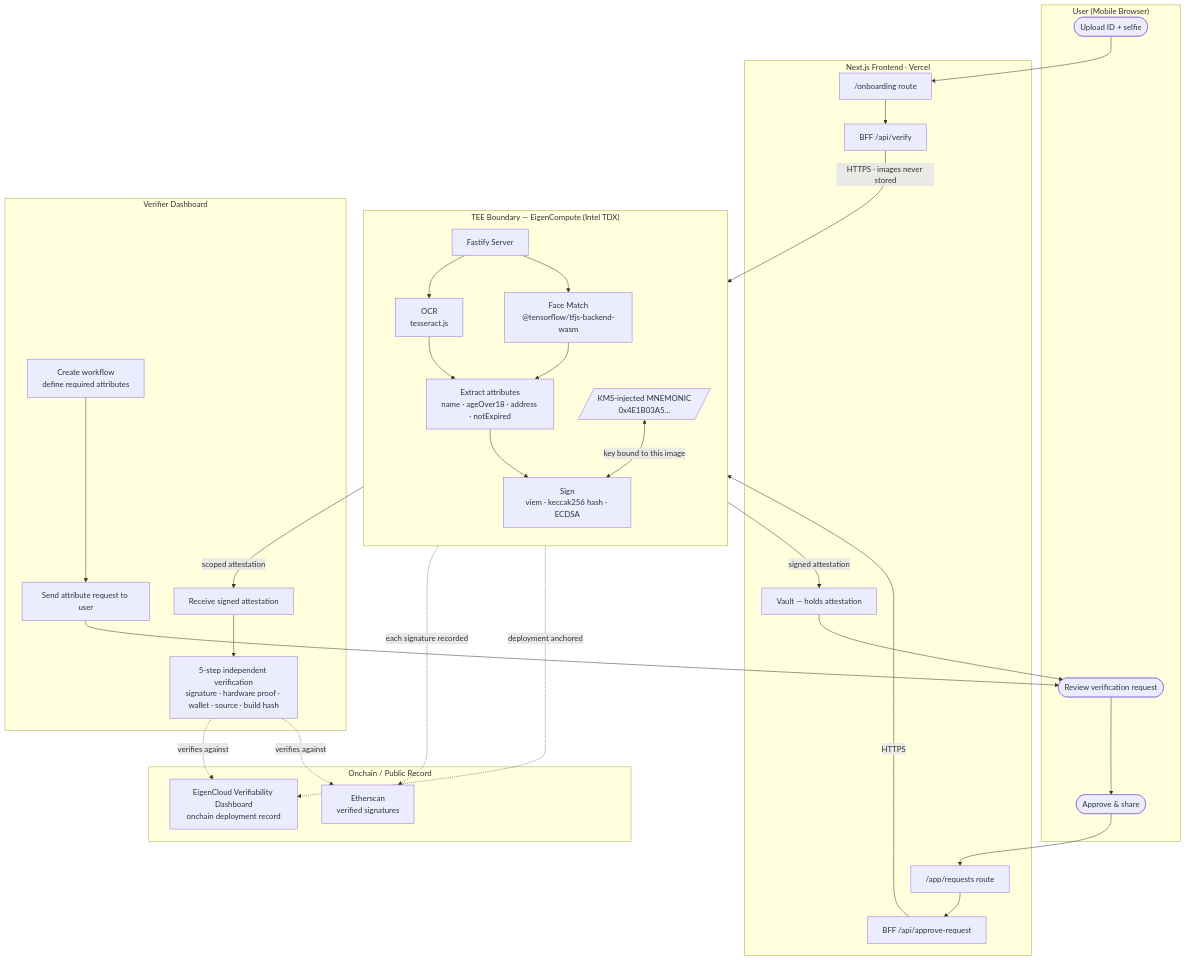
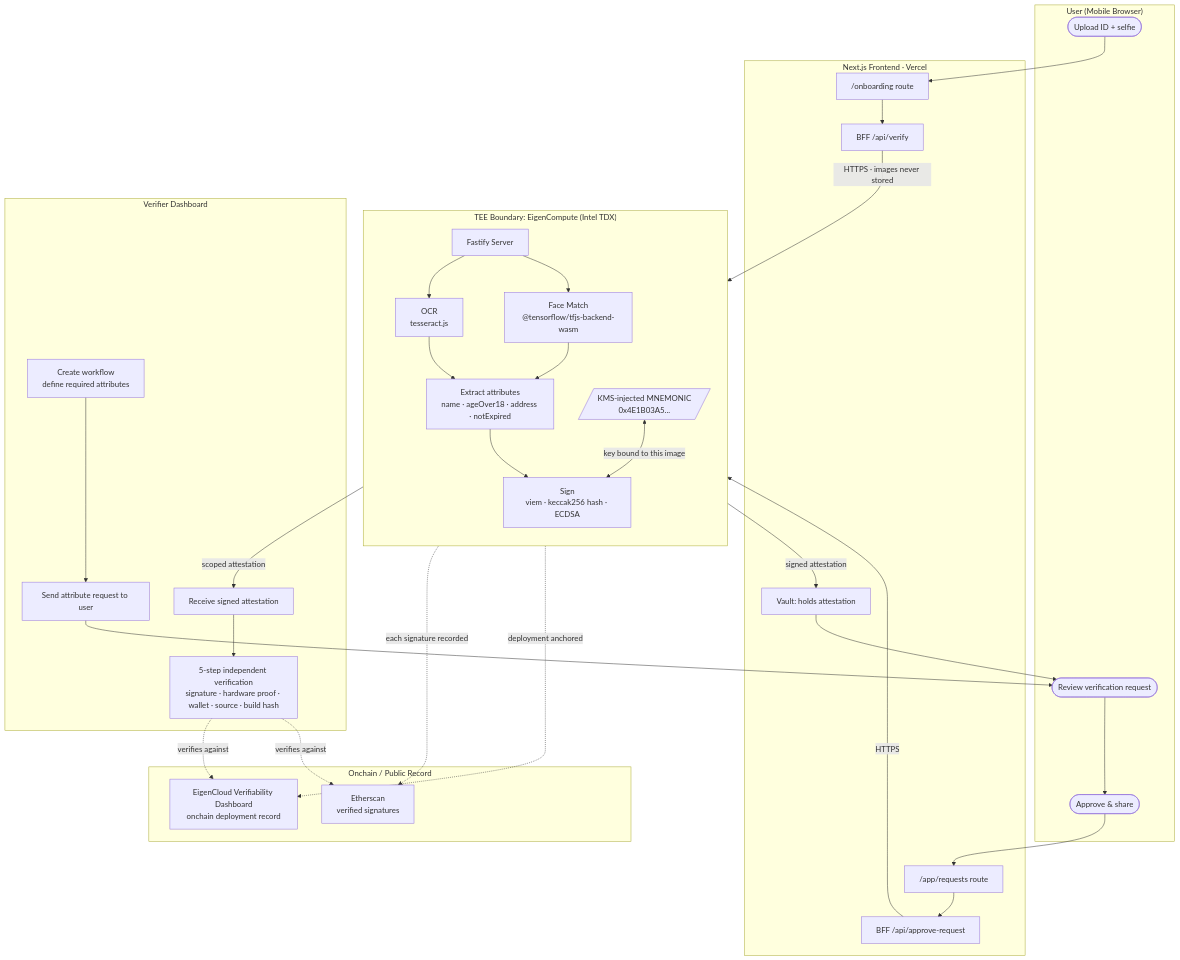
Before and after one commit to pranavirohit/dokimos: the diagram in README.md, drawn with Mermaid. The commit also changed other lines of this file, not shown here.

````diff
--- a/README.md
+++ b/README.md
@@ -23,55 +23,55 @@
 ```mermaid
 flowchart TD
     subgraph User["User (Mobile Browser)"]
         U1([Upload ID + selfie])
         U2([Review verification request])
         U3([Approve & share])
     end
 
     subgraph Frontend["Next.js Frontend · Vercel"]
         F1["/onboarding route"]
         F2["BFF /api/verify"]
-        F3["Vault — holds attestation"]
+        F3["Vault: holds attestation"]
         F4["/app/requests route"]
         F5["BFF /api/approve-request"]
     end
 
-    subgraph TEE["TEE Boundary — EigenCompute (Intel TDX)"]
+    subgraph TEE["TEE Boundary: EigenCompute (Intel TDX)"]
         direction TB
         T1["Fastify Server"]
         T2["OCR\ntesseract.js"]
         T3["Face Match\n@tensorflow/tfjs-backend-wasm"]
         T4["Extract attributes\nname · ageOver18 · address · notExpired"]
         T5["Sign\nviem · keccak256 hash · ECDSA"]
         T6[/"KMS-injected MNEMONIC\n0x4E1B03A5..."/]
     end
 
     subgraph Verifier["Verifier Dashboard"]
         V1["Create workflow\ndefine required attributes"]
         V2["Send attribute request to user"]
         V3["Receive signed attestation"]
         V4["5-step independent verification\nsignature · hardware proof · wallet · source · build hash"]
     end
 
     subgraph Public["Onchain / Public Record"]
         C1["EigenCloud Verifiability Dashboard\nonchain deployment record"]
         C2["Etherscan\nverified signatures"]
     end
 
     U1 --> F1 --> F2
     F2 -->|"HTTPS · images never stored"| T1
     T1 --> T2 & T3
     T2 & T3 --> T4 --> T5
     T6 <-->|"key bound to this image"| T5
     T5 -->|"signed attestation"| F3
     F3 --> U2
 
     V1 --> V2 --> U2
     U2 --> U3 --> F4 --> F5
     F5 -->|HTTPS| T1
     T1 -->|"scoped attestation"| V3 --> V4
 
     T5 -.->|"each signature recorded"| C2
     T1 -.->|"deployment anchored"| C1
     V4 -.->|"verifies against"| C1 & C2
 ```
````
